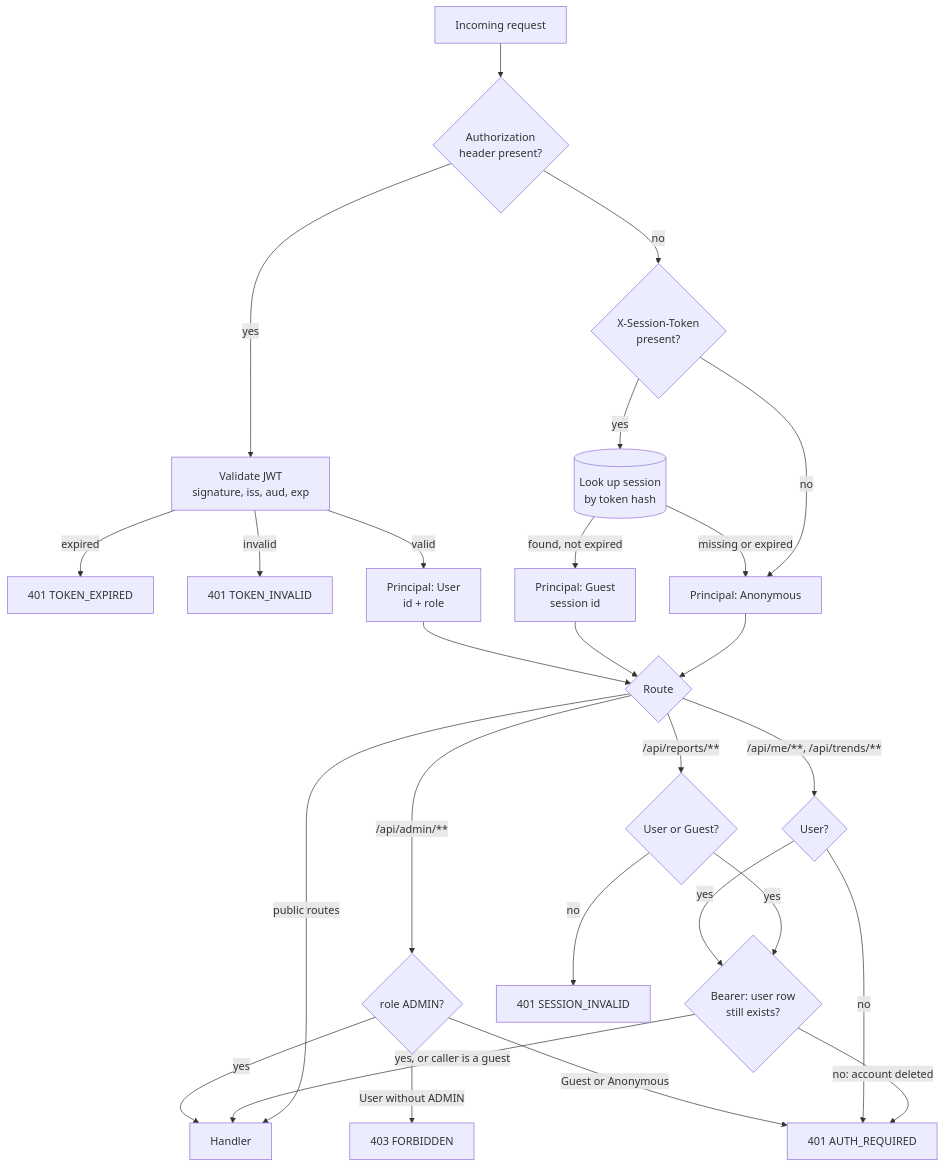
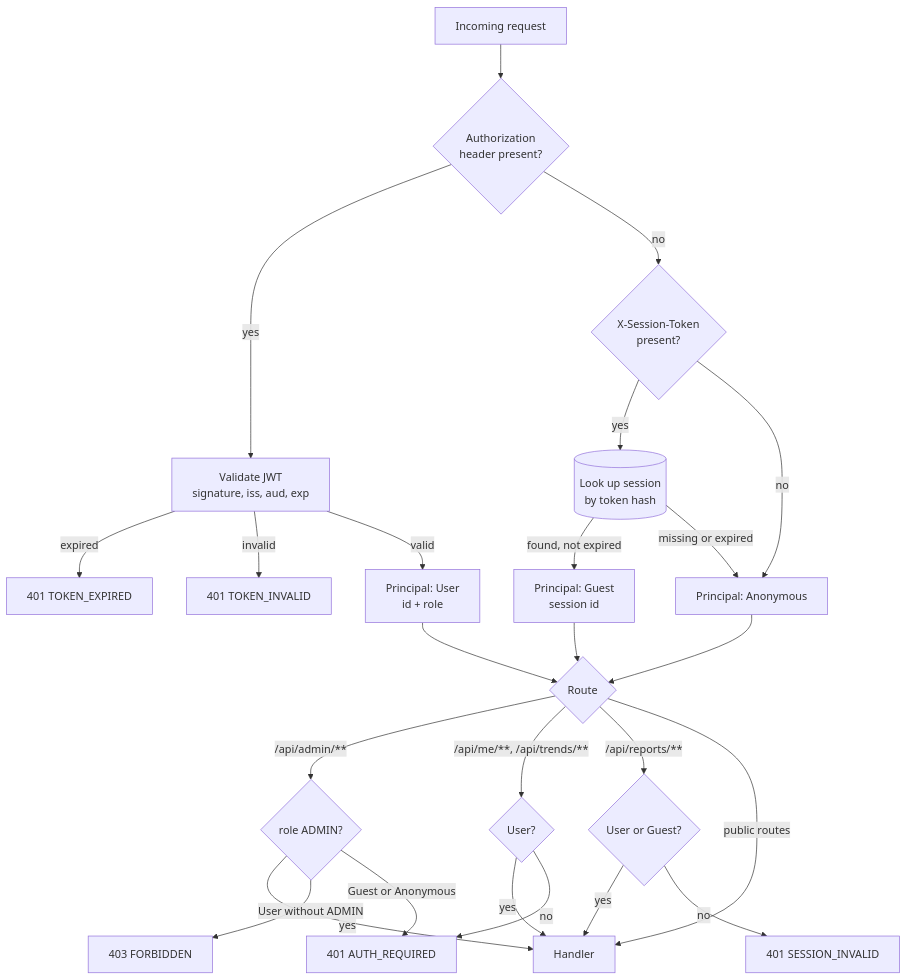
Before and after one commit to SaqibCod/medi-scan: the seventh of 20 diagrams in docs/dataflow.md, drawn with Mermaid. The commit also changed other lines of this file and 774 other files, not shown here.

````diff
--- a/docs/dataflow.md
+++ b/docs/dataflow.md
@@ -264,29 +261,27 @@
 ```mermaid
 flowchart TD
     R["Incoming request"] --> H1{"Authorization<br/>header present?"}
     H1 -->|"yes"| V["Validate JWT<br/>signature, iss, aud, exp"]
     V -->|"expired"| E1["401 TOKEN_EXPIRED"]
     V -->|"invalid"| E2["401 TOKEN_INVALID"]
     V -->|"valid"| PU["Principal: User<br/>id + role"]
     H1 -->|"no"| H2{"X-Session-Token<br/>present?"}
     H2 -->|"yes"| SL[("Look up session<br/>by token hash")]
     SL -->|"found, not expired"| PG["Principal: Guest<br/>session id"]
     SL -->|"missing or expired"| PA["Principal: Anonymous"]
     H2 -->|"no"| PA
     PU --> RT{"Route"}
     PG --> RT
     PA --> RT
     RT -->|"/api/admin/**"| AD{"role ADMIN?"}
     AD -->|"yes"| OK["Handler"]
     AD -->|"User without ADMIN"| F403["403 FORBIDDEN"]
     AD -->|"Guest or Anonymous"| F401a["401 AUTH_REQUIRED"]
     RT -->|"/api/me/**, /api/trends/**"| U1{"User?"}
-    U1 -->|"yes"| UX{"Bearer: user row<br/>still exists?"}
+    U1 -->|"yes"| OK
     U1 -->|"no"| F401a
     RT -->|"/api/reports/**"| U2{"User or Guest?"}
-    U2 -->|"yes"| UX
+    U2 -->|"yes"| OK
     U2 -->|"no"| F401b["401 SESSION_INVALID"]
-    UX -->|"yes, or caller is a guest"| OK
-    UX -->|"no: account deleted"| F401a
     RT -->|"public routes"| OK
 ```
````
